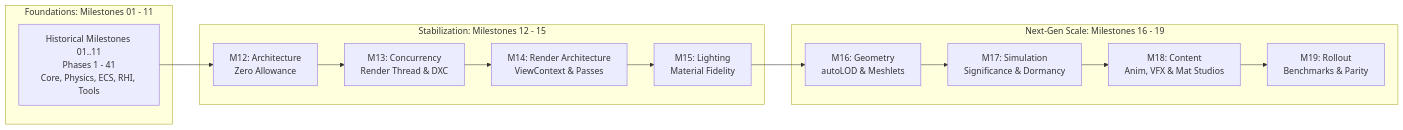
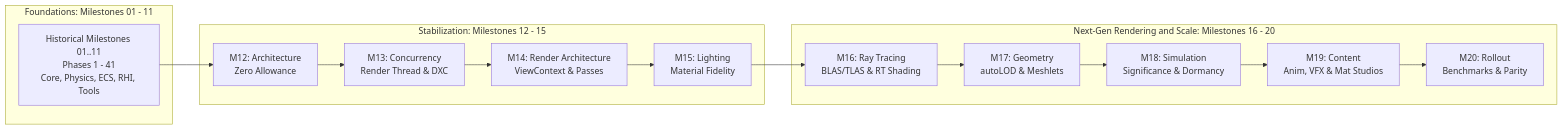
Before and after one commit to nguyenphong0210/AxleEngine: the diagram in ROADMAP.md, drawn with Mermaid. The commit also changed other lines of this file and 15 other files, not shown here.

Commit message:
docs: plan ray tracing milestone and shift roadmap

````diff
--- a/ROADMAP.md
+++ b/ROADMAP.md
@@ -38,23 +39,24 @@
 ```mermaid
 flowchart LR
     subgraph Era1 ["Foundations: Milestones 01 - 11"]
         M01_11["Historical Milestones 01..11<br/>Phases 1 - 41<br/>Core, Physics, ECS, RHI, Tools"]
     end
 
     subgraph Era2 ["Stabilization: Milestones 12 - 15"]
         M12["M12: Architecture<br/>Zero Allowance"]
         M13["M13: Concurrency<br/>Render Thread & DXC"]
         M14["M14: Render Architecture<br/>ViewContext & Passes"]
         M15["M15: Lighting<br/>Material Fidelity"]
     end
 
-    subgraph Era3 ["Next-Gen Scale: Milestones 16 - 19"]
-        M16["M16: Geometry<br/>autoLOD & Meshlets"]
-        M17["M17: Simulation<br/>Significance & Dormancy"]
-        M18["M18: Content<br/>Anim, VFX & Mat Studios"]
-        M19["M19: Rollout<br/>Benchmarks & Parity"]
+    subgraph Era3 ["Next-Gen Rendering and Scale: Milestones 16 - 20"]
+        M16["M16: Ray Tracing<br/>BLAS/TLAS & RT Shading"]
+        M17["M17: Geometry<br/>autoLOD & Meshlets"]
+        M18["M18: Simulation<br/>Significance & Dormancy"]
+        M19["M19: Content<br/>Anim, VFX & Mat Studios"]
+        M20["M20: Rollout<br/>Benchmarks & Parity"]
     end
 
-    M01_11 --> M12 --> M13 --> M14 --> M15 --> M16 --> M17 --> M18 --> M19
+    M01_11 --> M12 --> M13 --> M14 --> M15 --> M16 --> M17 --> M18 --> M19 --> M20
 
 ```
````
